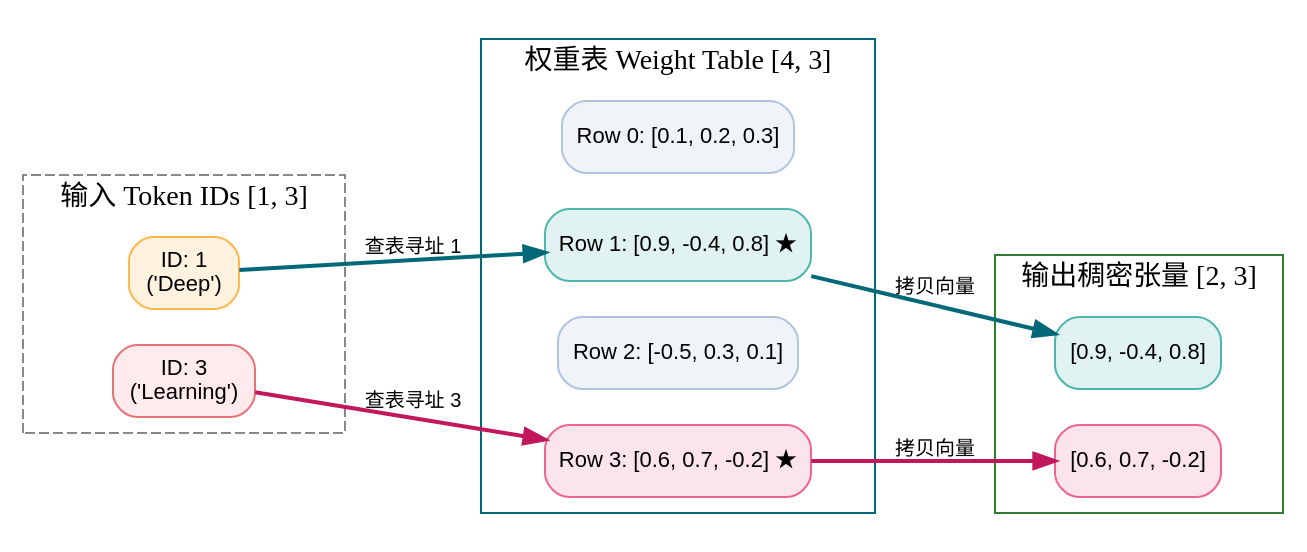
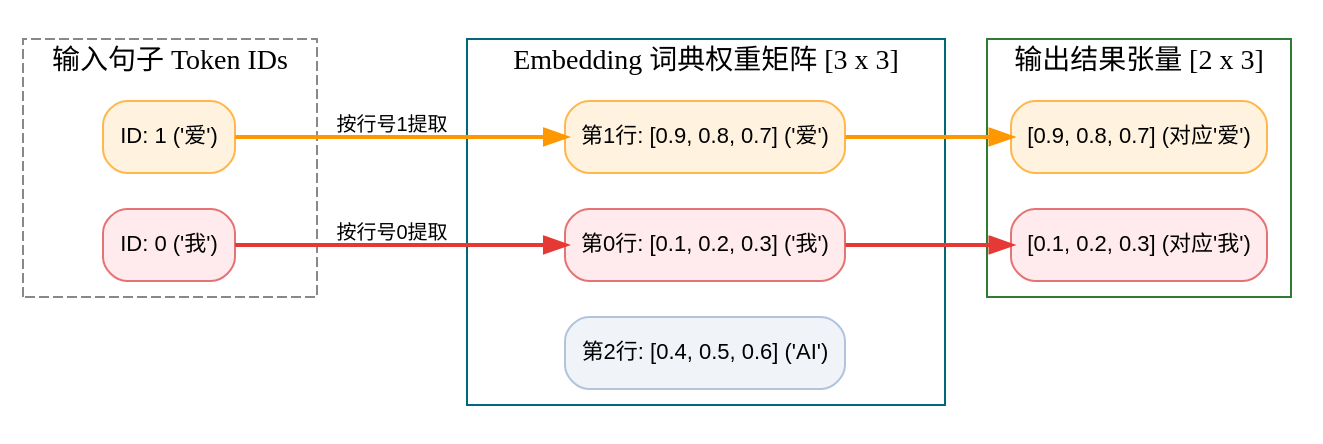
Before and after one commit to hqu-little-boy/blog: the second of 4 diagrams in src/content/posts/dl-operators-01-tensor-and-memory-guide.md, drawn with Graphviz. The commit also changed other lines of this file and 11 other files, not shown here.

````diff
--- a/src/content/posts/dl-operators-01-tensor-and-memory-guide.md
+++ b/src/content/posts/dl-operators-01-tensor-and-memory-guide.md
@@ -64,39 +102,34 @@
 ```graphviz
-digraph EmbeddingDemo {
+digraph EmbeddingWalkthrough {
     rankdir=LR;
     node [fontname="Helvetica,Arial,sans-serif", fontsize=11, shape=rect, style="rounded,filled", fillcolor="#f0f4f8", color="#b0c4de"];
     edge [fontname="Helvetica,Arial,sans-serif", fontsize=10, color="#555555"];
 
-    subgraph cluster_ids {
-        label = "输入 Token IDs [1, 3]";
-        style = dashed;
-        color = "#888888";
-        id1 [label="ID: 1\n('Deep')", fillcolor="#fff3e0", color="#ffb74d"];
-        id3 [label="ID: 3\n('Learning')", fillcolor="#ffebee", color="#e57373"];
+    subgraph cluster_input {
+        label = "输入句子 Token IDs";
+        style = dashed; color = "#888888";
+        t0 [label="ID: 1 ('爱')", fillcolor="#fff3e0", color="#ffb74d"];
+        t1 [label="ID: 0 ('我')", fillcolor="#ffebee", color="#e57373"];
     }
 
-    subgraph cluster_table {
-        label = "权重表 Weight Table [4, 3]";
-        style = solid;
-        color = "#006878";
-        row0 [label="Row 0: [0.1, 0.2, 0.3]"];
-        row1 [label="Row 1: [0.9, -0.4, 0.8] ★", fillcolor="#e0f2f1", color="#4db6ac"];
-        row2 [label="Row 2: [-0.5, 0.3, 0.1]"];
-        row3 [label="Row 3: [0.6, 0.7, -0.2] ★", fillcolor="#fce4ec", color="#f06292"];
+    subgraph cluster_vocab {
+        label = "Embedding 词典权重矩阵 [3 x 3]";
+        style = solid; color = "#006878";
+        v0 [label="第0行: [0.1, 0.2, 0.3] ('我')", fillcolor="#ffebee", color="#e57373"];
+        v1 [label="第1行: [0.9, 0.8, 0.7] ('爱')", fillcolor="#fff3e0", color="#ffb74d"];
+        v2 [label="第2行: [0.4, 0.5, 0.6] ('AI')"];
     }
 
-    subgraph cluster_out {
-        label = "输出稠密张量 [2, 3]";
-        style = solid;
-        color = "#2e7d32";
-        out1 [label="[0.9, -0.4, 0.8]", fillcolor="#e0f2f1", color="#4db6ac"];
-        out2 [label="[0.6, 0.7, -0.2]", fillcolor="#fce4ec", color="#f06292"];
+    subgraph cluster_output {
+        label = "输出结果张量 [2 x 3]";
+        style = solid; color = "#2e7d32";
+        out0 [label="[0.9, 0.8, 0.7] (对应'爱')", fillcolor="#fff3e0", color="#ffb74d"];
+        out1 [label="[0.1, 0.2, 0.3] (对应'我')", fillcolor="#ffebee", color="#e57373"];
     }
 
-    id1 -> row1 [label="查表寻址 1", color="#006878", penwidth=2];
-    row1 -> out1 [label="拷贝向量", color="#006878", penwidth=2];
-
-    id3 -> row3 [label="查表寻址 3", color="#c2185b", penwidth=2];
-    row3 -> out2 [label="拷贝向量", color="#c2185b", penwidth=2];
+    t0 -> v1 [label="按行号1提取", color="#ff9800", penwidth=2];
+    v1 -> out0 [color="#ff9800", penwidth=2];
+    t1 -> v0 [label="按行号0提取", color="#e53935", penwidth=2];
+    v0 -> out1 [color="#e53935", penwidth=2];
 }
 ```
````
